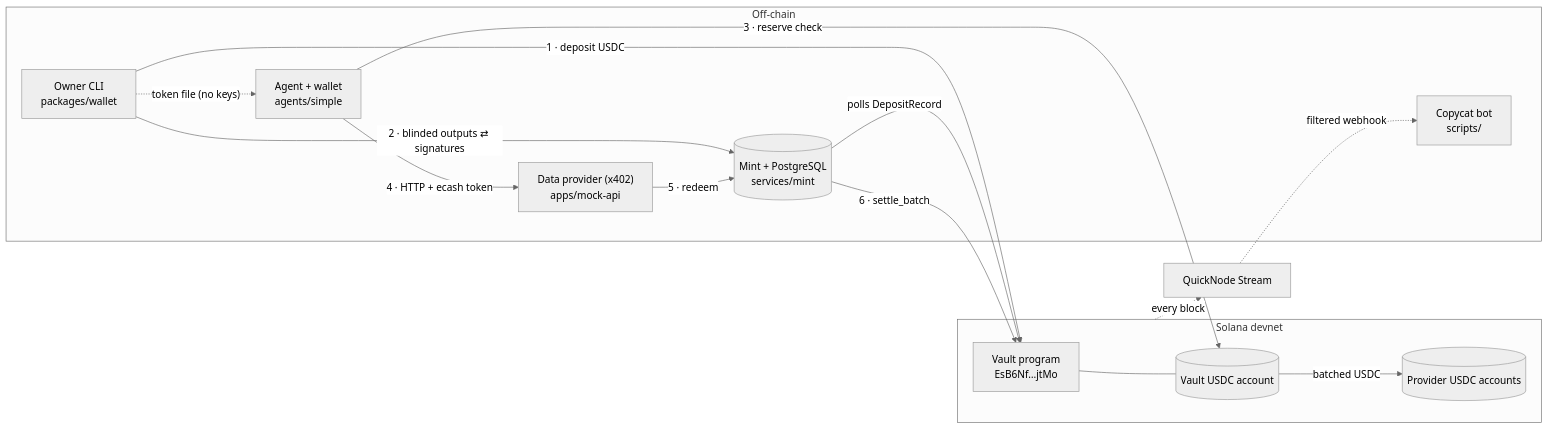
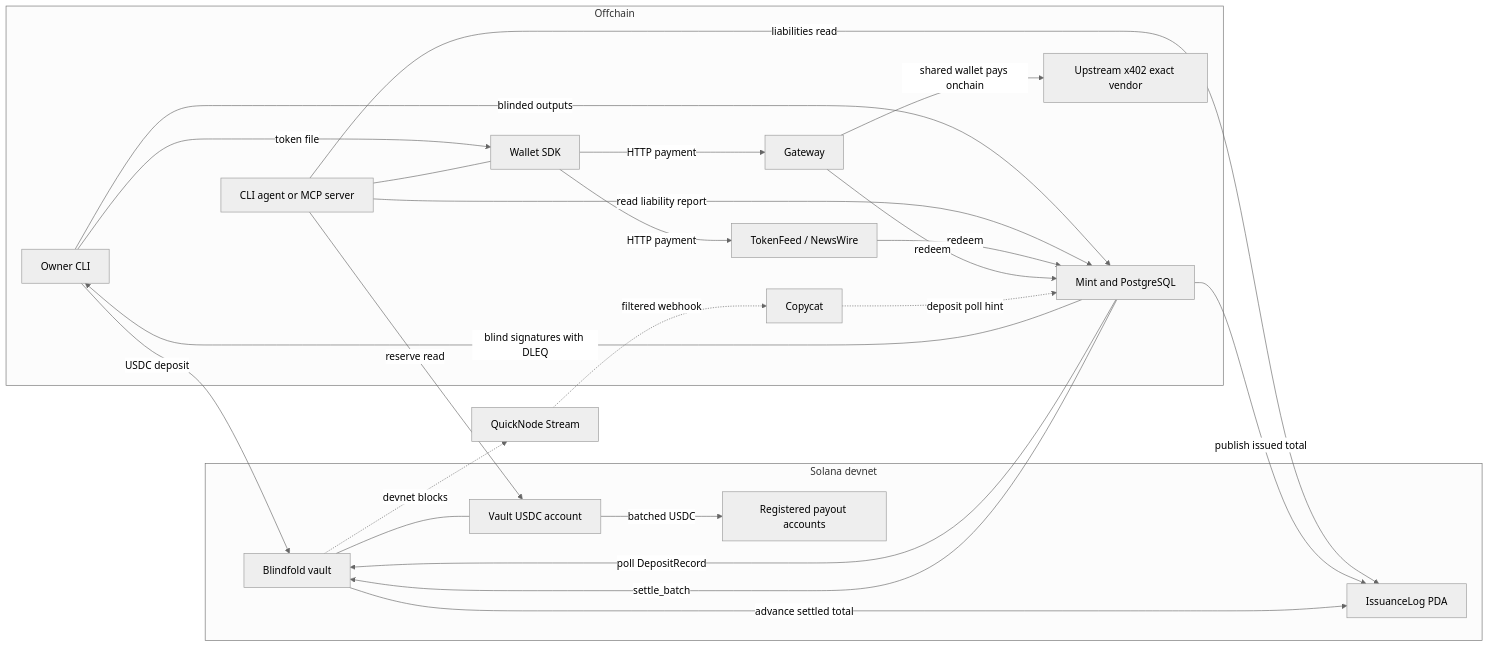
The diagram in README.md (brockbenton/blindfold), drawn with Mermaid (neutral theme) before and after one commit. The commit also changed other lines of this file and 15 other files, not shown here.

Commit message:
Align submission documentation with the implemented flows

````diff
--- a/README.md
+++ b/README.md
@@ -56,29 +24,43 @@
 ```mermaid
 flowchart LR
-    subgraph offchain["Off-chain"]
-        Owner["Owner CLI<br/>packages/wallet"]
-        Agent["Agent + wallet<br/>agents/simple"]
-        Mint[("Mint + PostgreSQL<br/>services/mint")]
-        Provider["Data provider (x402)<br/>apps/mock-api"]
-        Copycat["Copycat bot<br/>scripts/"]
+    subgraph offchain["Offchain"]
+        Owner["Owner CLI"]
+        Agent["CLI agent or MCP server"]
+        Wallet["Wallet SDK"]
+        Mint["Mint and PostgreSQL"]
+        Feed["TokenFeed / NewsWire"]
+        Gateway["Gateway"]
+        Vendor["Upstream x402 exact vendor"]
+        Copycat["Copycat"]
     end
     subgraph solana["Solana devnet"]
-        Vault["Vault program<br/>EsB6Nf…jtMo"]
-        VaultUSDC[("Vault USDC account")]
-        Payouts[("Provider USDC accounts")]
+        Vault["Blindfold vault"]
+        Balance["Vault USDC account"]
+        Log["IssuanceLog PDA"]
+        Payouts["Registered payout accounts"]
     end
-    QN["QuickNode Stream"]
+    Stream["QuickNode Stream"]
 
-    Owner -- "1 · deposit USDC" --> Vault
-    Vault --- VaultUSDC
-    Mint -- "polls DepositRecord" --> Vault
-    Owner -- "2 · blinded outputs ⇄ signatures" --> Mint
-    Owner -. "token file (no keys)" .-> Agent
-    Agent -- "3 · reserve check" --> VaultUSDC
-    Agent -- "4 · HTTP + ecash token" --> Provider
-    Provider -- "5 · redeem" --> Mint
-    Mint -- "6 · settle_batch" --> Vault
-    VaultUSDC -- "batched USDC" --> Payouts
-    solana -. "every block" .-> QN
-    QN -. "filtered webhook" .-> Copycat
+    Owner -->|USDC deposit| Vault
+    Owner -->|blinded outputs| Mint
+    Mint -->|blind signatures with DLEQ| Owner
+    Owner -->|token file| Wallet
+    Agent --- Wallet
+    Agent -->|reserve read| Balance
+    Agent -->|liabilities read| Log
+    Agent -->|read liability report| Mint
+    Wallet -->|HTTP payment| Feed
+    Wallet -->|HTTP payment| Gateway
+    Feed -->|redeem| Mint
+    Gateway -->|redeem| Mint
+    Gateway -->|shared wallet pays onchain| Vendor
+    Mint -->|poll DepositRecord| Vault
+    Mint -->|publish issued total| Log
+    Mint -->|settle_batch| Vault
+    Vault --- Balance
+    Vault -->|advance settled total| Log
+    Balance -->|batched USDC| Payouts
+    Vault -.->|devnet blocks| Stream
+    Stream -.->|filtered webhook| Copycat
+    Copycat -.->|deposit poll hint| Mint
 ```
````
